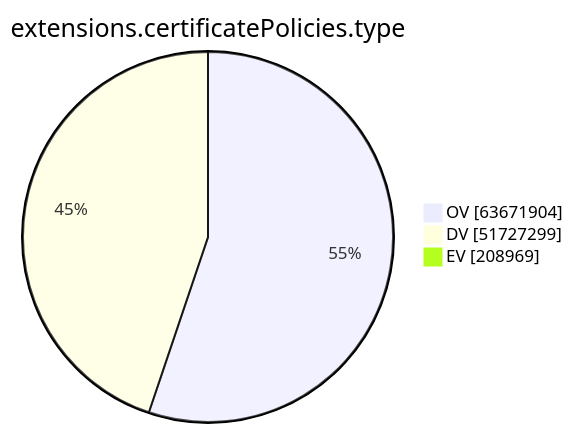
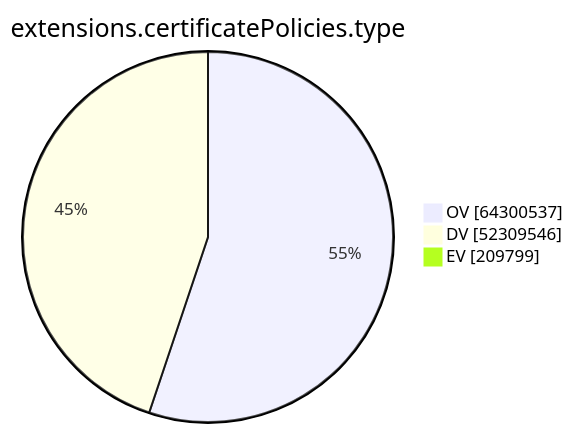
Before and after one commit to christiankrug/ctmonitor_visualization: the ninth of 15 diagrams in argon2023/README.md, drawn with Mermaid. The commit also changed other lines of this file, not shown here.

````diff
--- a/argon2023/README.md
+++ b/argon2023/README.md
@@ -2152,7 +2154,7 @@
 ```mermaid
 pie showData
 title extensions.certificatePolicies.type
-"OV" :63671904
-"DV" :51727299
-"EV" :208969
+"OV" :64300537
+"DV" :52309546
+"EV" :209799
 ```
````
